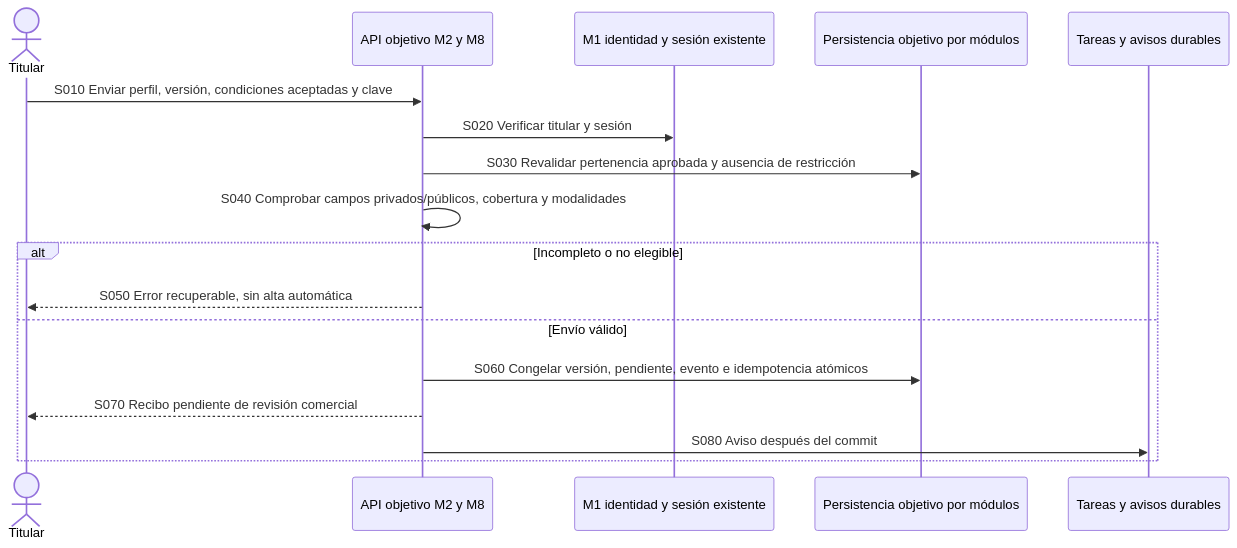
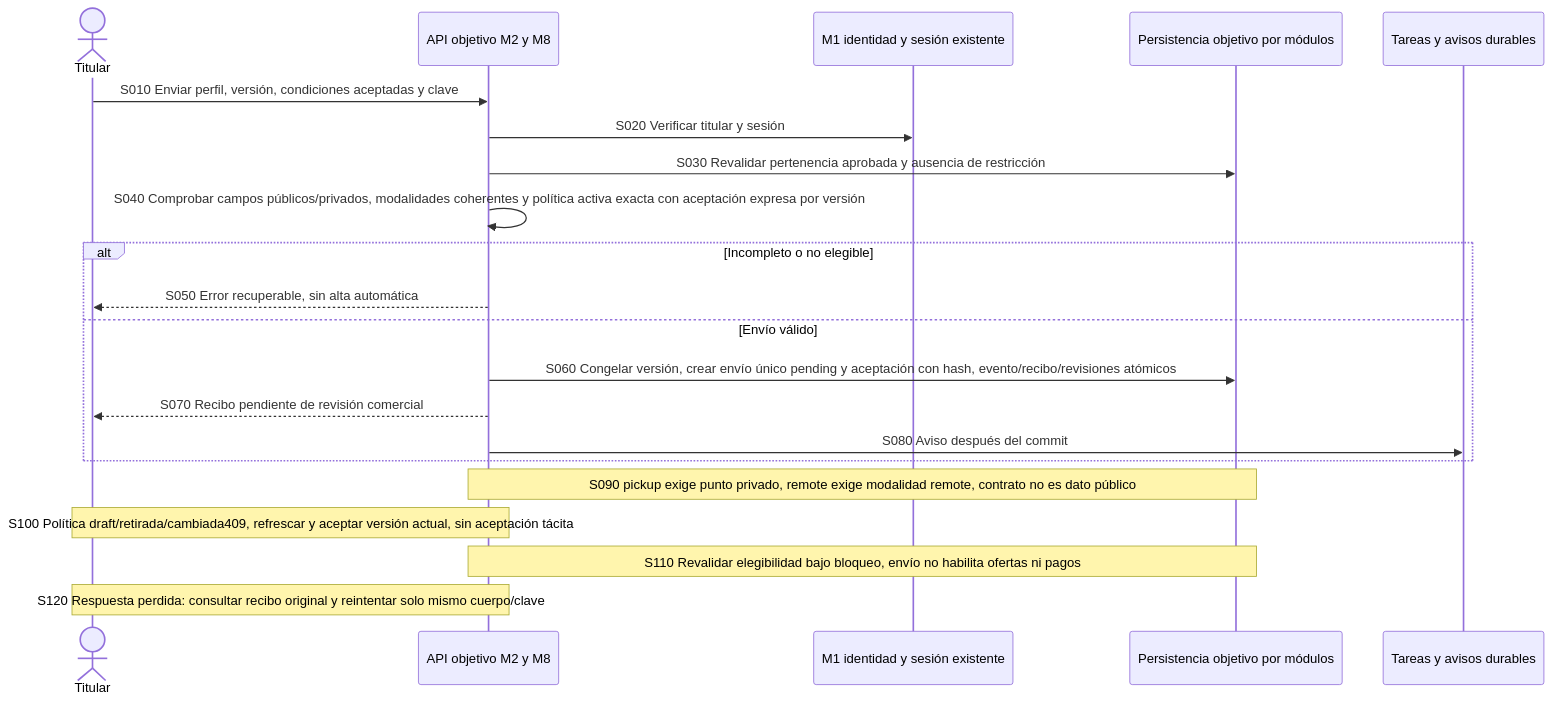
One commit to AndresRaRi/marleva changed the diagram in marleva-local/repositorio/docs/diagramas/secuencia/M2/MAR-M2-SEQ-008.mmd. Above: the diagram before and after it, drawn with Mermaid. The commit also changed 48 other files, not shown here.

```diff
--- a/marleva-local/repositorio/docs/diagramas/secuencia/M2/MAR-M2-SEQ-008.mmd
+++ b/marleva-local/repositorio/docs/diagramas/secuencia/M2/MAR-M2-SEQ-008.mmd
@@ -1,19 +1,23 @@
 %% MAR-M2-SEQ-008: Enviar alta comercial
 %% 15-10-2026. Objetivo documental. Sin API o implementación acreditadas.
 sequenceDiagram
 actor T as Titular
 participant A as API objetivo M2 y M8
 participant I as M1 identidad y sesión existente
 participant D as Persistencia objetivo por módulos
 participant W as Tareas y avisos durables
 T->>A: S010 Enviar perfil, versión, condiciones aceptadas y clave
 A->>I: S020 Verificar titular y sesión
 A->>D: S030 Revalidar pertenencia aprobada y ausencia de restricción
-A->>A: S040 Comprobar campos privados/públicos, cobertura y modalidades
+A->>A: S040 Comprobar campos públicos/privados, modalidades coherentes y política activa exacta con aceptación expresa por versión
 alt Incompleto o no elegible
  A-->>T: S050 Error recuperable, sin alta automática
 else Envío válido
- A->>D: S060 Congelar versión, pendiente, evento e idempotencia atómicos
+ A->>D: S060 Congelar versión, crear envío único pending y aceptación con hash, evento/recibo/revisiones atómicos
  A-->>T: S070 Recibo pendiente de revisión comercial
  A->>W: S080 Aviso después del commit
 end
+Note over A,D: S090 pickup exige punto privado, remote exige modalidad remote, contrato no es dato público
+Note over T,A: S100 Política draft/retirada/cambiada409, refrescar y aceptar versión actual, sin aceptación tácita
+Note over A,D: S110 Revalidar elegibilidad bajo bloqueo, envío no habilita ofertas ni pagos
+Note over T,A: S120 Respuesta perdida: consultar recibo original y reintentar solo mismo cuerpo/clave
```
